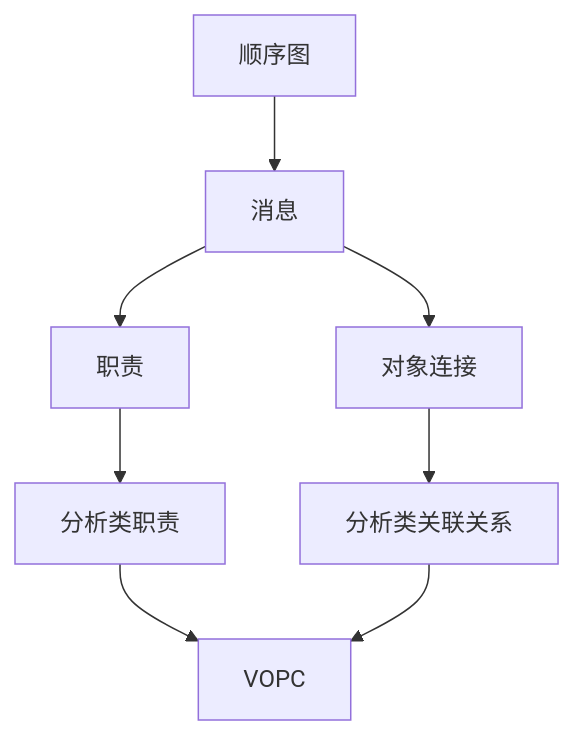
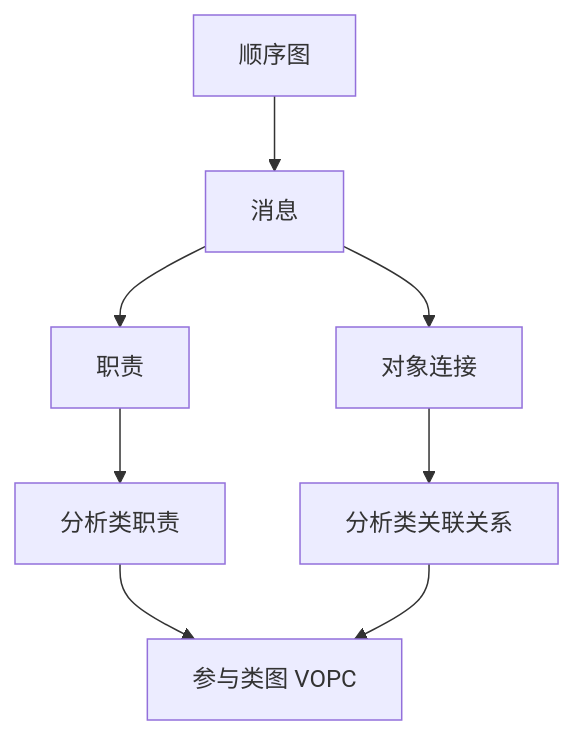
Before and after one commit to crashingby/homepage: the seventh of 13 diagrams in src/content/blog/Software-Construction/Chap03.md, drawn with Mermaid. The commit also changed other lines of this file and 6 other files, not shown here.

````diff
--- a/src/content/blog/Software-Construction/Chap03.md
+++ b/src/content/blog/Software-Construction/Chap03.md
@@ -342,10 +327,10 @@
 ```mermaid
 flowchart TD
-  A["顺序图"] --> B["消息"]
-  B --> C["职责"]
-  B --> D["对象连接"]
-  C --> E["分析类职责"]
-  D --> F["分析类关联关系"]
-  E --> G["VOPC"]
-  F --> G
+  Sequence["顺序图"] --> Message["消息"]
+  Message --> Responsibility["职责"]
+  Message --> Link["对象连接"]
+  Responsibility --> ClassResponsibility["分析类职责"]
+  Link --> Association["分析类关联关系"]
+  ClassResponsibility --> VOPC["参与类图 VOPC"]
+  Association --> VOPC
 ```
````
